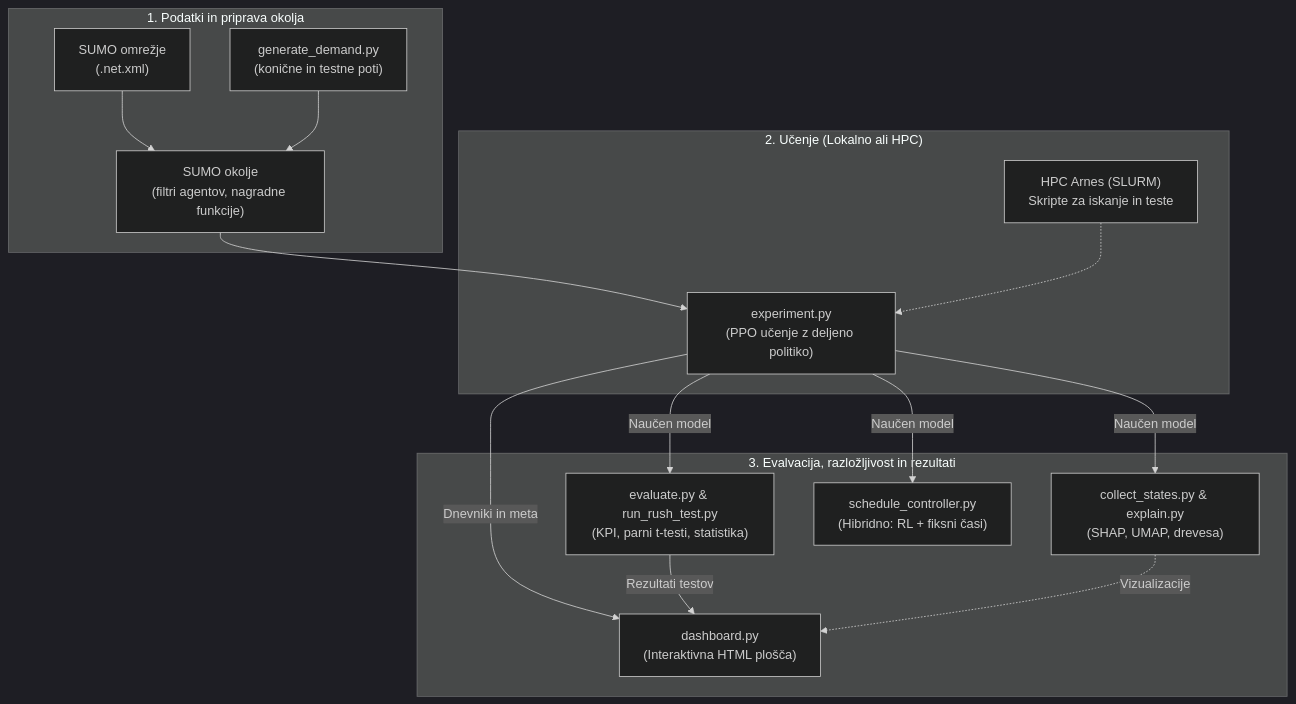
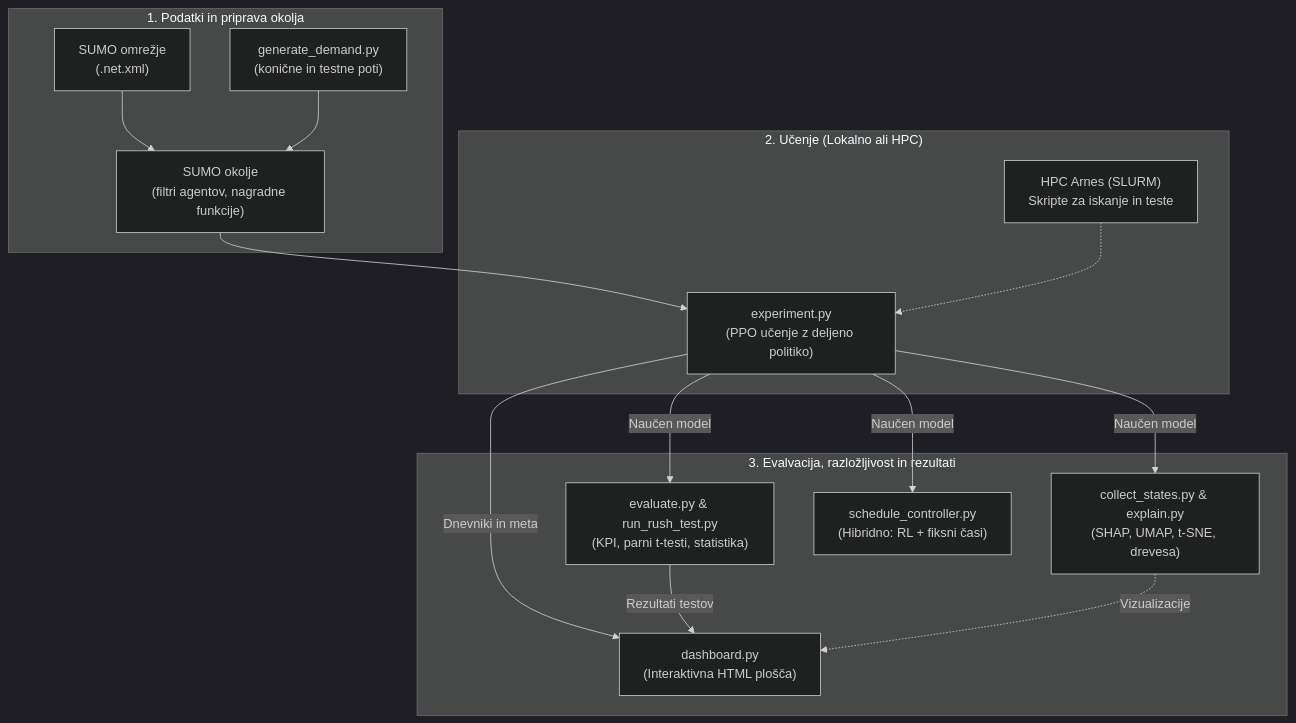
One commit to TianK003/ZeleniSignaLJ changed the diagram in README.md. Above: the diagram before and after it, drawn with Mermaid (dark theme). The commit also changed other lines of this file, not shown here.

````diff
--- a/README.md
+++ b/README.md
@@ -255,26 +256,26 @@
 ```mermaid
 flowchart TD
     subgraph 1 ["1. Podatki in priprava okolja"]
         APP_DEMAND["generate_demand.py\n(konične in testne poti)"]
         NET["SUMO omrežje\n(.net.xml)"]
         ENV["SUMO okolje\n(filtri agentov, nagradne funkcije)"]
 
         NET --> ENV
         APP_DEMAND --> ENV
     end
 
     subgraph 2 ["2. Učenje (Lokalno ali HPC)"]
         ENV --> EXP["experiment.py\n(PPO učenje z deljeno politiko)"]
         HPC["HPC Arnes (SLURM)\nSkripte za iskanje in teste"] -.-> EXP
     end
 
     subgraph 3 ["3. Evalvacija, razložljivost in rezultati"]
         EXP -->|Naučen model| EVAL["evaluate.py & run_rush_test.py\n(KPI, parni t-testi, statistika)"]
-        EXP -->|Naučen model| EXPL["collect_states.py & explain.py\n(SHAP, UMAP, drevesa)"]
+        EXP -->|Naučen model| EXPL["collect_states.py & explain.py\n(SHAP, UMAP, t-SNE, drevesa)"]
         EXP -->|Naučen model| PROD["schedule_controller.py\n(Hibridno: RL + fiksni časi)"]
         
         EXP -->|Dnevniki in meta| DASH["dashboard.py\n(Interaktivna HTML plošča)"]
         EVAL -->|Rezultati testov| DASH
         EXPL -.->|Vizualizacije| DASH
     end
 ```
````
